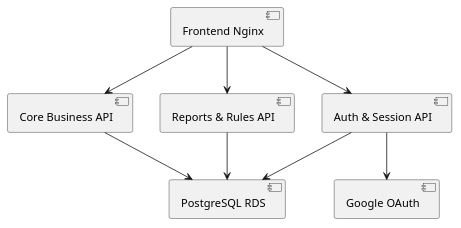
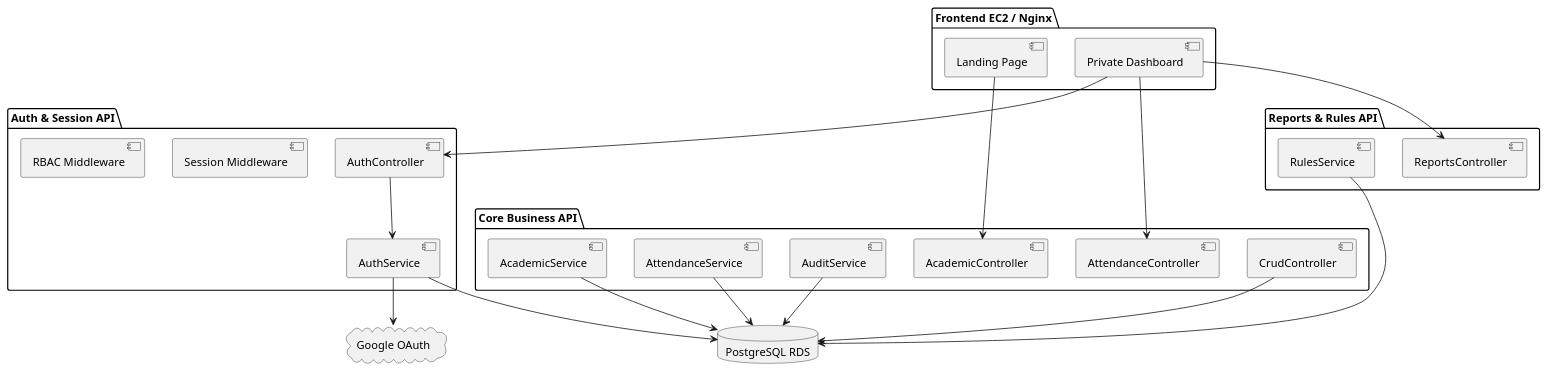
The diagram in 04UMLDiagrams/component-diagram.puml (dxmar24/AWD-30716-Quantum-Code), drawn with PlantUML before and after one commit. The commit also changed 22 other files, not shown here.

```diff
--- a/04UMLDiagrams/component-diagram.puml
+++ b/04UMLDiagrams/component-diagram.puml
@@ -1,9 +1,43 @@
 @startuml
-[Frontend Nginx] --> [Auth & Session API]
-[Frontend Nginx] --> [Core Business API]
-[Frontend Nginx] --> [Reports & Rules API]
-[Auth & Session API] --> [PostgreSQL RDS]
-[Core Business API] --> [PostgreSQL RDS]
-[Reports & Rules API] --> [PostgreSQL RDS]
-[Auth & Session API] --> [Google OAuth]
+package "Frontend EC2 / Nginx" {
+  [Landing Page]
+  [Private Dashboard]
+}
+
+package "Auth & Session API" {
+  [AuthController]
+  [AuthService]
+  [Session Middleware]
+  [RBAC Middleware]
+}
+
+package "Core Business API" {
+  [CrudController]
+  [AttendanceController]
+  [AcademicController]
+  [AttendanceService]
+  [AcademicService]
+  [AuditService]
+}
+
+package "Reports & Rules API" {
+  [ReportsController]
+  [RulesService]
+}
+
+database "PostgreSQL RDS" as DB
+cloud "Google OAuth" as Google
+
+[Landing Page] --> [AcademicController]
+[Private Dashboard] --> [AuthController]
+[Private Dashboard] --> [AttendanceController]
+[Private Dashboard] --> [ReportsController]
+[AuthController] --> [AuthService]
+[AuthService] --> Google
+[AuthService] --> DB
+[CrudController] --> DB
+[AttendanceService] --> DB
+[AcademicService] --> DB
+[AuditService] --> DB
+[RulesService] --> DB
 @enduml
```
